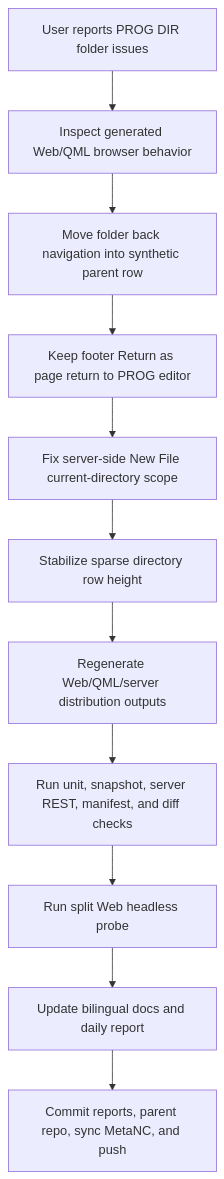
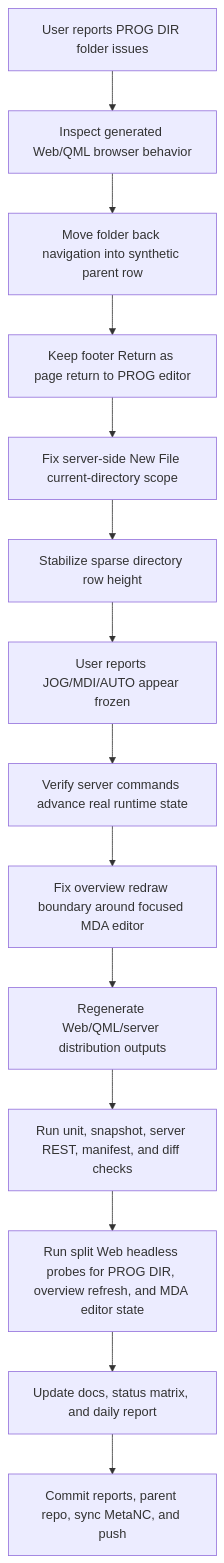
The diagram in 2026-05-08-codex-session/workflow-diagram.md (luppiterw/metanc_hmi_dsl_reports), drawn with Mermaid before and after one commit. The commit also changed 17 other files, not shown here.

First line of the commit message:
docs: refresh 2026-05-08 HMI runtime report

````diff
--- a/2026-05-08-codex-session/workflow-diagram.md
+++ b/2026-05-08-codex-session/workflow-diagram.md
@@ -3,13 +3,16 @@
 ```mermaid
 flowchart TD
     A[User reports PROG DIR folder issues] --> B[Inspect generated Web/QML browser behavior]
     B --> C[Move folder back navigation into synthetic parent row]
     C --> D[Keep footer Return as page return to PROG editor]
     D --> E[Fix server-side New File current-directory scope]
     E --> F[Stabilize sparse directory row height]
-    F --> G[Regenerate Web/QML/server distribution outputs]
-    G --> H[Run unit, snapshot, server REST, manifest, and diff checks]
-    H --> I[Run split Web headless probe]
-    I --> J[Update bilingual docs and daily report]
-    J --> K[Commit reports, parent repo, sync MetaNC, and push]
+    F --> G[User reports JOG/MDI/AUTO appear frozen]
+    G --> H[Verify server commands advance real runtime state]
+    H --> I[Fix overview redraw boundary around focused MDA editor]
+    I --> J[Regenerate Web/QML/server distribution outputs]
+    J --> K[Run unit, snapshot, server REST, manifest, and diff checks]
+    K --> L[Run split Web headless probes for PROG DIR, overview refresh, and MDA editor state]
+    L --> M[Update docs, status matrix, and daily report]
+    M --> N[Commit reports, parent repo, sync MetaNC, and push]
 ```
````
